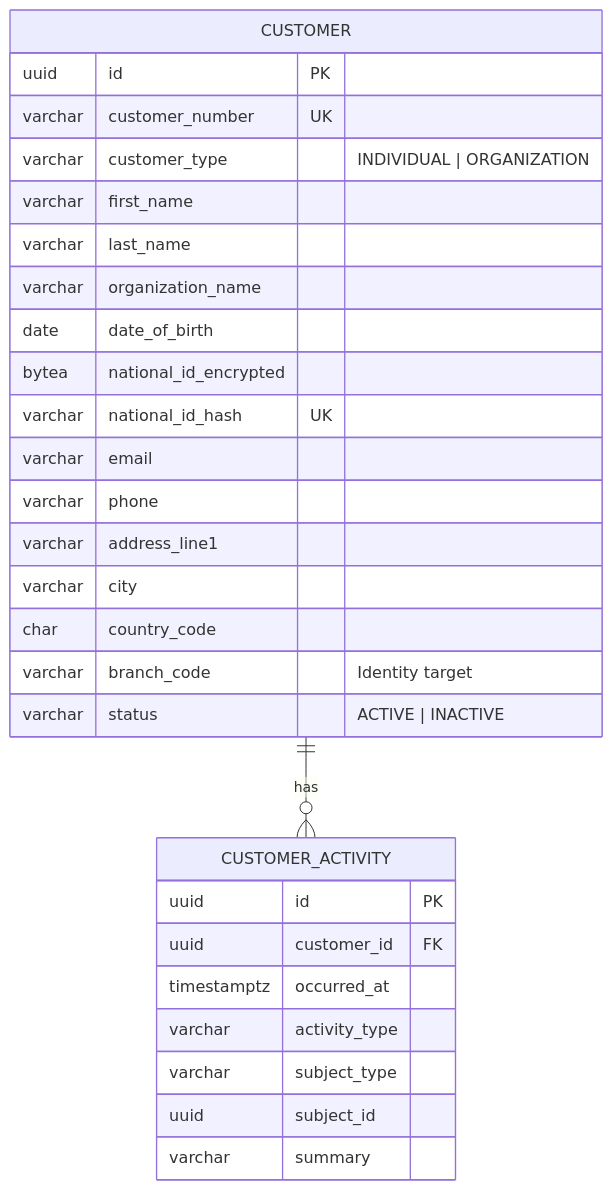
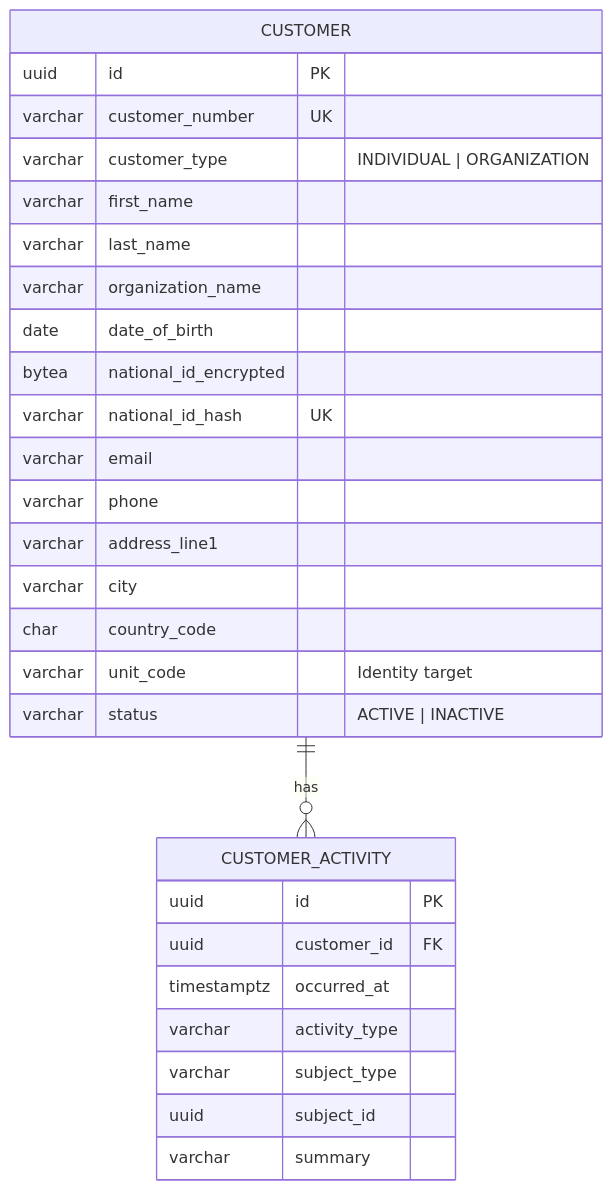
Before and after one commit to alekii/alensi-insure: the second of 9 diagrams in docs/database/erd.md, drawn with Mermaid. The commit also changed other lines of this file and 19 other files, not shown here.

````diff
--- a/docs/database/erd.md
+++ b/docs/database/erd.md
@@ -42,31 +42,31 @@
 ```mermaid
 erDiagram
     CUSTOMER {
         uuid id PK
         varchar customer_number UK
         varchar customer_type "INDIVIDUAL | ORGANIZATION"
         varchar first_name
         varchar last_name
         varchar organization_name
         date date_of_birth
         bytea national_id_encrypted
         varchar national_id_hash UK
         varchar email
         varchar phone
         varchar address_line1
         varchar city
         char country_code
-        varchar branch_code "Identity target"
+        varchar unit_code "Identity target"
         varchar status "ACTIVE | INACTIVE"
     }
     CUSTOMER_ACTIVITY {
         uuid id PK
         uuid customer_id FK
         timestamptz occurred_at
         varchar activity_type
         varchar subject_type
         uuid subject_id
         varchar summary
     }
     CUSTOMER ||--o{ CUSTOMER_ACTIVITY : has
 ```
````
